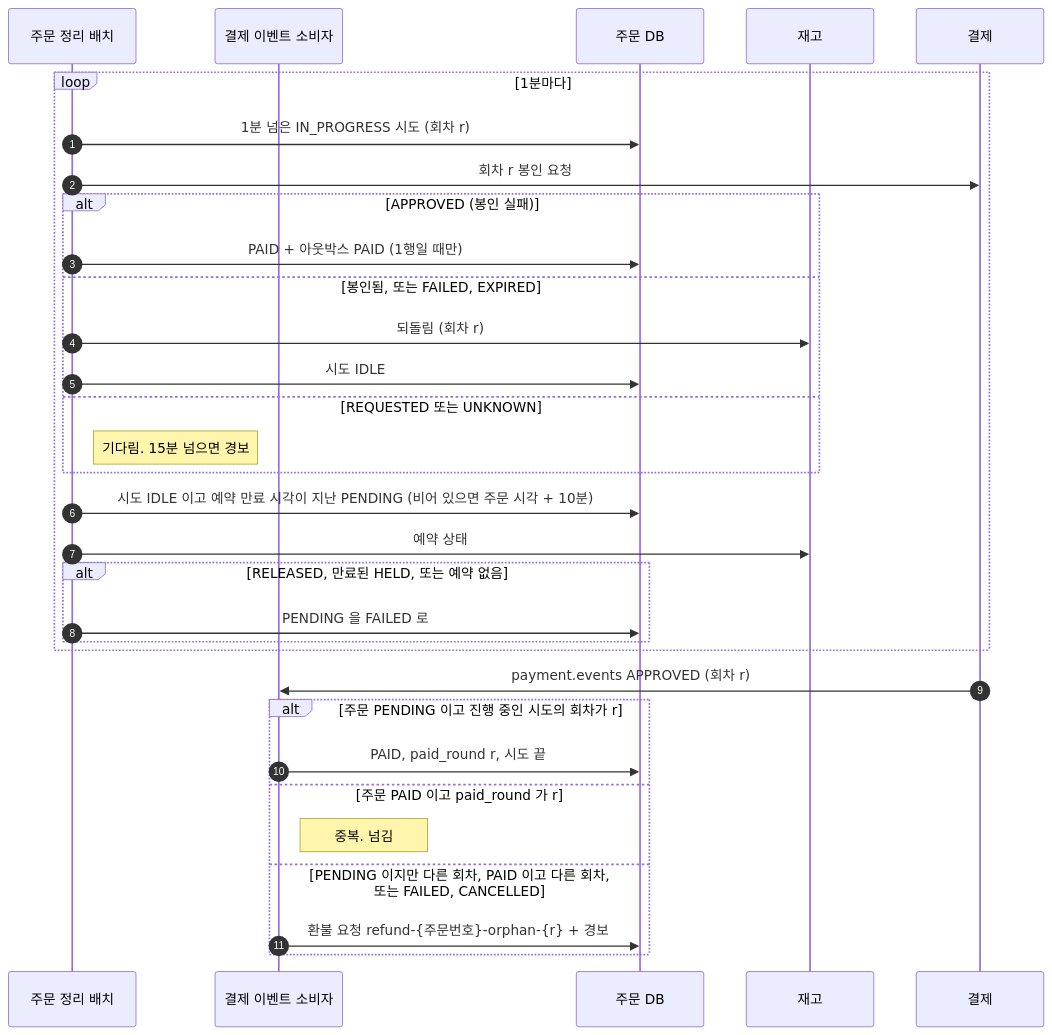
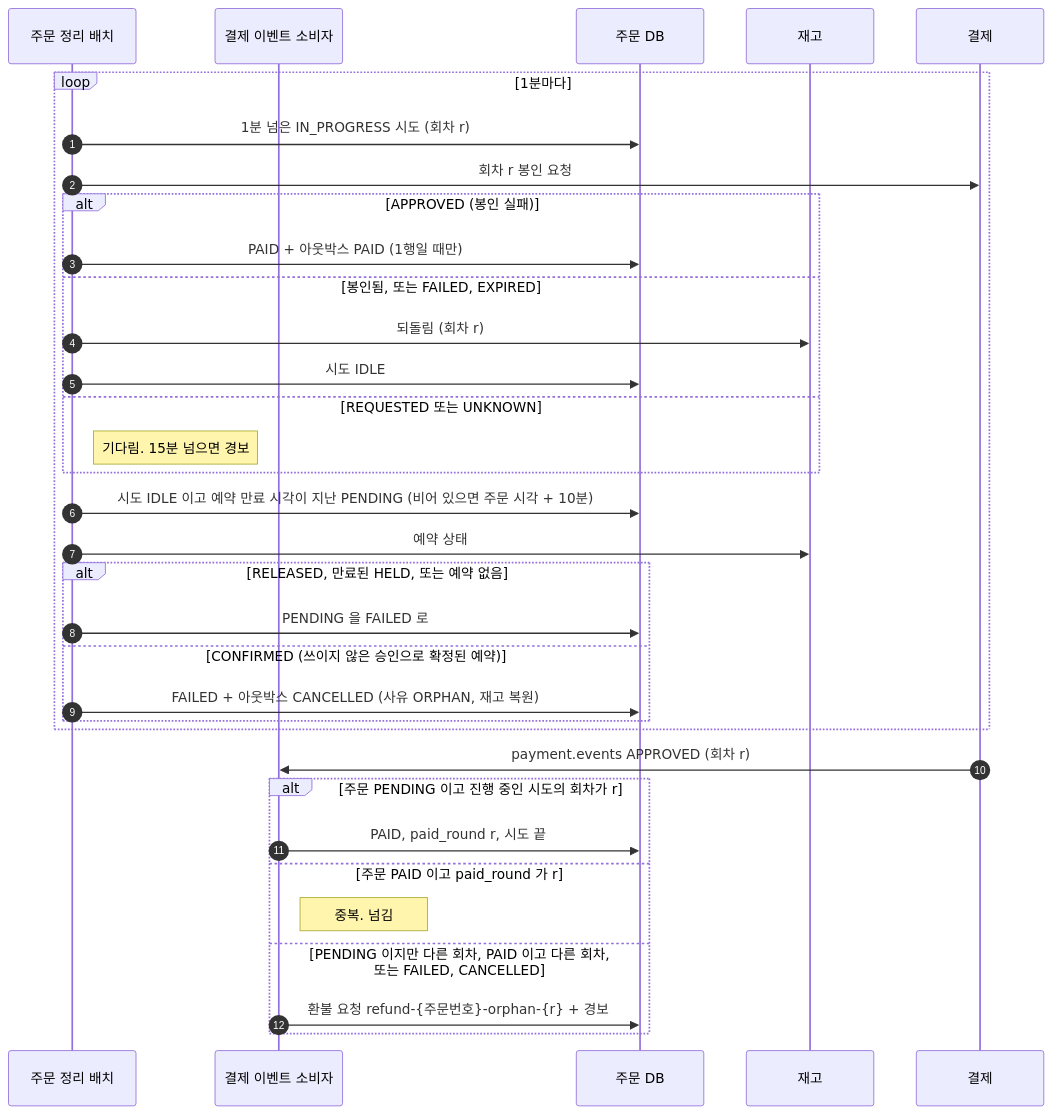
The sixth of 6 diagrams in docs/sequence/01-주문과-결제.md (Bamdule/dawn-delivery-commerce), drawn with Mermaid before and after one commit. The commit also changed 64 other files, not shown here.

````diff
--- a/docs/sequence/01-주문과-결제.md
+++ b/docs/sequence/01-주문과-결제.md
@@ -209,37 +209,39 @@
 ```mermaid
 sequenceDiagram
     autonumber
     participant 정리배치 as 주문 정리 배치
     participant 소비자 as 결제 이벤트 소비자
     participant 주문 as 주문 DB
     participant 재고
     participant 결제
 
     loop 1분마다
         정리배치->>주문: 1분 넘은 IN_PROGRESS 시도 (회차 r)
         정리배치->>결제: 회차 r 봉인 요청
         alt APPROVED (봉인 실패)
             정리배치->>주문: PAID + 아웃박스 PAID (1행일 때만)
         else 봉인됨, 또는 FAILED, EXPIRED
             정리배치->>재고: 되돌림 (회차 r)
             정리배치->>주문: 시도 IDLE
         else REQUESTED 또는 UNKNOWN
             Note right of 정리배치: 기다림. 15분 넘으면 경보
         end
 
         정리배치->>주문: 시도 IDLE 이고 예약 만료 시각이 지난 PENDING (비어 있으면 주문 시각 + 10분)
         정리배치->>재고: 예약 상태
         alt RELEASED, 만료된 HELD, 또는 예약 없음
             정리배치->>주문: PENDING 을 FAILED 로
+        else CONFIRMED (쓰이지 않은 승인으로 확정된 예약)
+            정리배치->>주문: FAILED + 아웃박스 CANCELLED (사유 ORPHAN, 재고 복원)
         end
     end
 
     결제->>소비자: payment.events APPROVED (회차 r)
     alt 주문 PENDING 이고 진행 중인 시도의 회차가 r
         소비자->>주문: PAID, paid_round r, 시도 끝
     else 주문 PAID 이고 paid_round 가 r
         Note right of 소비자: 중복. 넘김
     else PENDING 이지만 다른 회차, PAID 이고 다른 회차, 또는 FAILED, CANCELLED
         소비자->>주문: 환불 요청 refund-{주문번호}-orphan-{r} + 경보
     end
 ```
````
